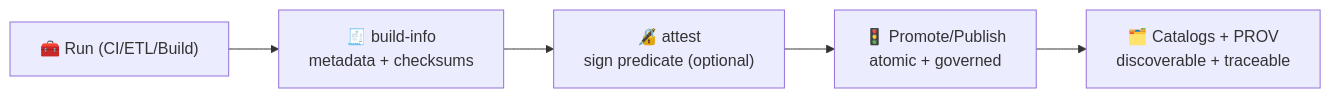
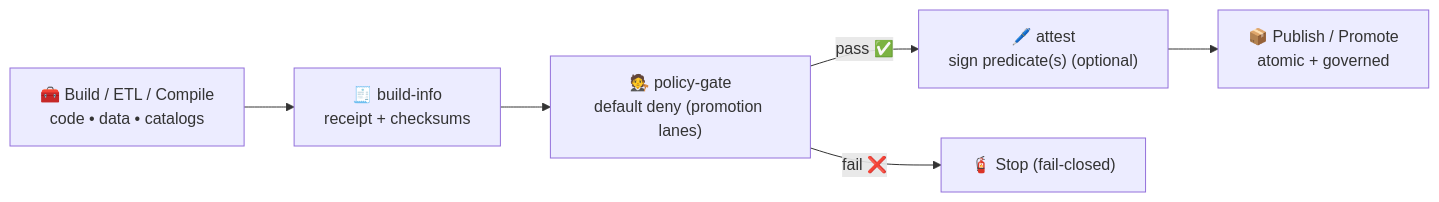
The diagram in .github/actions/build-info/README.md (bartytime4life/Kansas-Frontier-Matrix), drawn with Mermaid before and after one commit. The commit also changed other lines of this file, not shown here.

First line of the commit message:
Revise README for build-info action

````diff
--- a/.github/actions/build-info/README.md
+++ b/.github/actions/build-info/README.md
@@ -110,7 +146,8 @@
 ```mermaid
 flowchart LR
-  A["🧰 Run (CI/ETL/Build)"] --> B["🧾 build-info<br/>metadata + checksums"]
-  B --> C["🔏 attest<br/>sign predicate (optional)"]
-  C --> D["🚦 Promote/Publish<br/>atomic + governed"]
-  D --> E["🗂️ Catalogs + PROV<br/>discoverable + traceable"]
+  A["🧰 Build / ETL / Compile<br/>code • data • catalogs"] --> B["🧾 build-info<br/>receipt + checksums"]
+  B --> C["🧑‍⚖️ policy-gate<br/>default deny (promotion lanes)"]
+  C -->|pass ✅| D["🖊️ attest<br/>sign predicate(s) (optional)"]
+  D --> E["📦 Publish / Promote<br/>atomic + governed"]
+  C -->|fail ❌| X["🧯 Stop (fail-closed)"]
 ```
````
